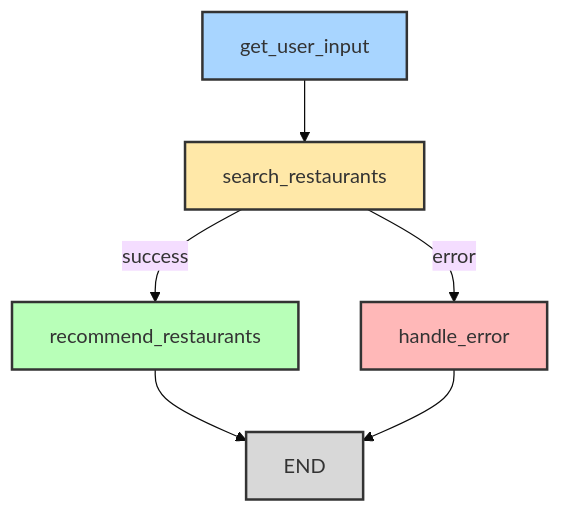
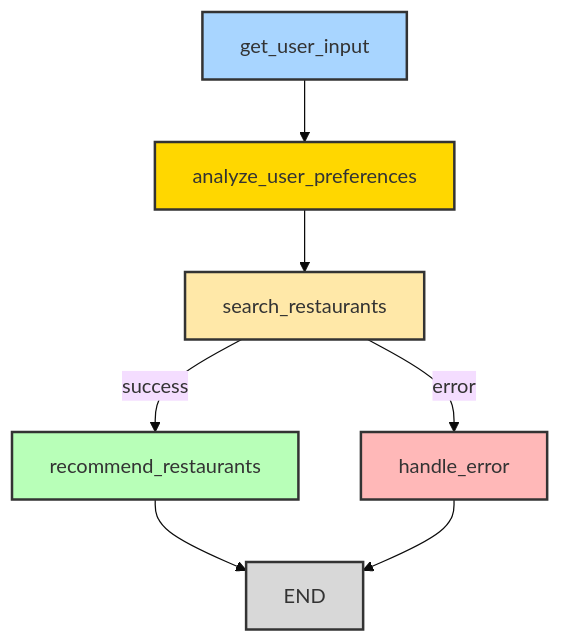
One commit to Jacob-9909/food_reco_agent changed the diagram in README.md. Above: the diagram before and after it, drawn with Mermaid (base theme). The commit also changed other lines of this file and 2 other files, not shown here.

````diff
--- a/README.md
+++ b/README.md
@@ -44,14 +106,16 @@
 ```mermaid
 graph TD
-    A[get_user_input] --> B[search_restaurants]
-    B -->|success| C[recommend_restaurants]
-    B -->|error| D[handle_error]
-    C --> E[END]
-    D --> E[END]
+    A[get_user_input] --> B[analyze_user_preferences]
+    B --> C[search_restaurants]
+    C -->|success| D[recommend_restaurants]
+    C -->|error| E[handle_error]
+    D --> F[END]
+    E --> F[END]
     
     style A fill:#a8d5ff,stroke:#333,stroke-width:2px
-    style B fill:#ffe8a8,stroke:#333,stroke-width:2px
-    style C fill:#b8ffb8,stroke:#333,stroke-width:2px
-    style D fill:#ffb8b8,stroke:#333,stroke-width:2px
-    style E fill:#d8d8d8,stroke:#333,stroke-width:2px
+    style B fill:#ffd700,stroke:#333,stroke-width:2px
+    style C fill:#ffe8a8,stroke:#333,stroke-width:2px
+    style D fill:#b8ffb8,stroke:#333,stroke-width:2px
+    style E fill:#ffb8b8,stroke:#333,stroke-width:2px
+    style F fill:#d8d8d8,stroke:#333,stroke-width:2px
 ```
````
